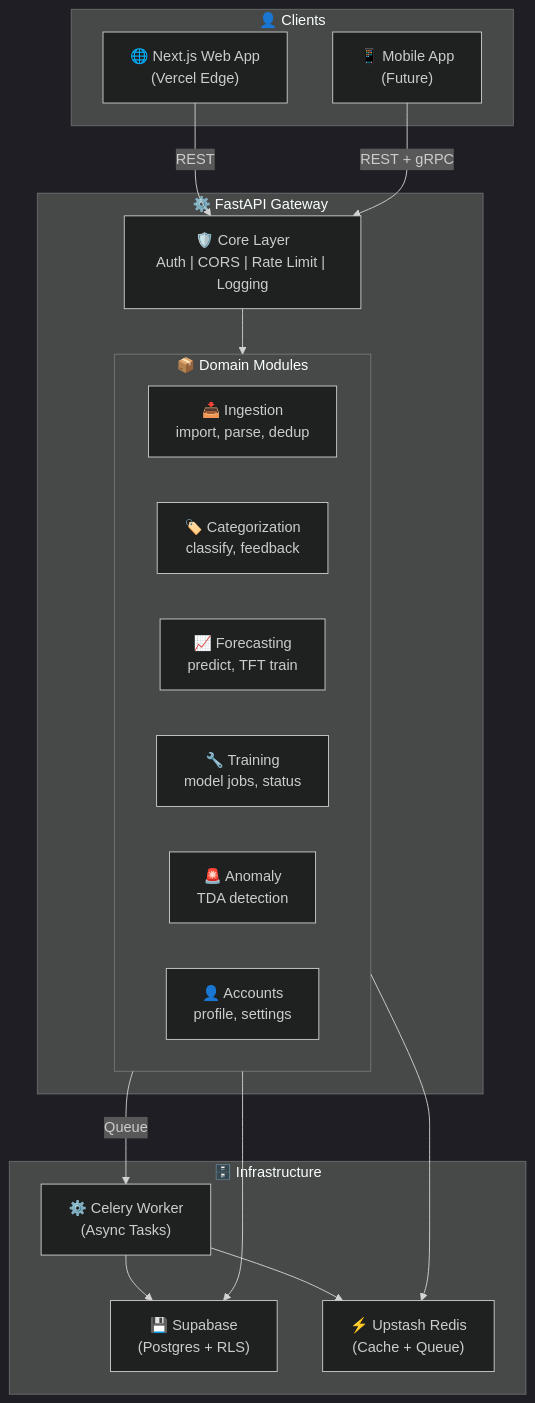
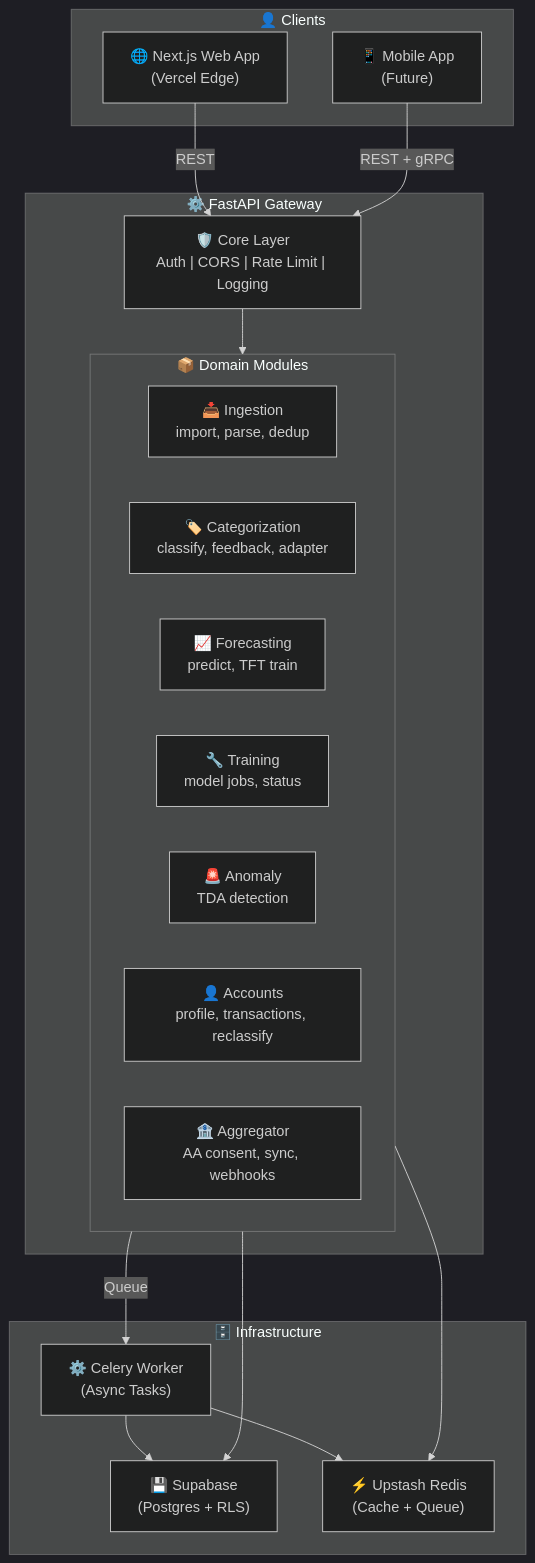
The first of 3 diagrams in docs/design/system-architecture.md (hassang371/spendsmart-dashboard), drawn with Mermaid (dark theme) before and after one commit. The commit also changed other lines of this file and 16 other files, not shown here.

````diff
--- a/docs/design/system-architecture.md
+++ b/docs/design/system-architecture.md
@@ -15,35 +15,36 @@
 ```mermaid
 graph TB
     subgraph Clients["👤 Clients"]
         Web["🌐 Next.js Web App<br/>(Vercel Edge)"]
         Mobile["📱 Mobile App<br/>(Future)"]
     end
 
     subgraph Gateway["⚙️ FastAPI Gateway"]
         Core["🛡️ Core Layer<br/>Auth | CORS | Rate Limit | Logging"]
 
         subgraph Domains["📦 Domain Modules"]
             Ing["📥 Ingestion<br/>import, parse, dedup"]
-            Cat["🏷️ Categorization<br/>classify, feedback"]
+            Cat["🏷️ Categorization<br/>classify, feedback, adapter"]
             Fore["📈 Forecasting<br/>predict, TFT train"]
             Train["🔧 Training<br/>model jobs, status"]
             Anom["🚨 Anomaly<br/>TDA detection"]
-            Acc["👤 Accounts<br/>profile, settings"]
+            Acc["👤 Accounts<br/>profile, transactions, reclassify"]
+            Agg["🏦 Aggregator<br/>AA consent, sync, webhooks"]
         end
     end
 
     subgraph Infra["🗄️ Infrastructure"]
         DB["💾 Supabase<br/>(Postgres + RLS)"]
         Redis["⚡ Upstash Redis<br/>(Cache + Queue)"]
         Worker["⚙️ Celery Worker<br/>(Async Tasks)"]
     end
 
     Web -->|REST| Core
     Mobile -->|REST + gRPC| Core
     Core --> Domains
     Domains --> DB
     Domains --> Redis
     Domains -->|Queue| Worker
     Worker --> DB
     Worker --> Redis
 ```
````
